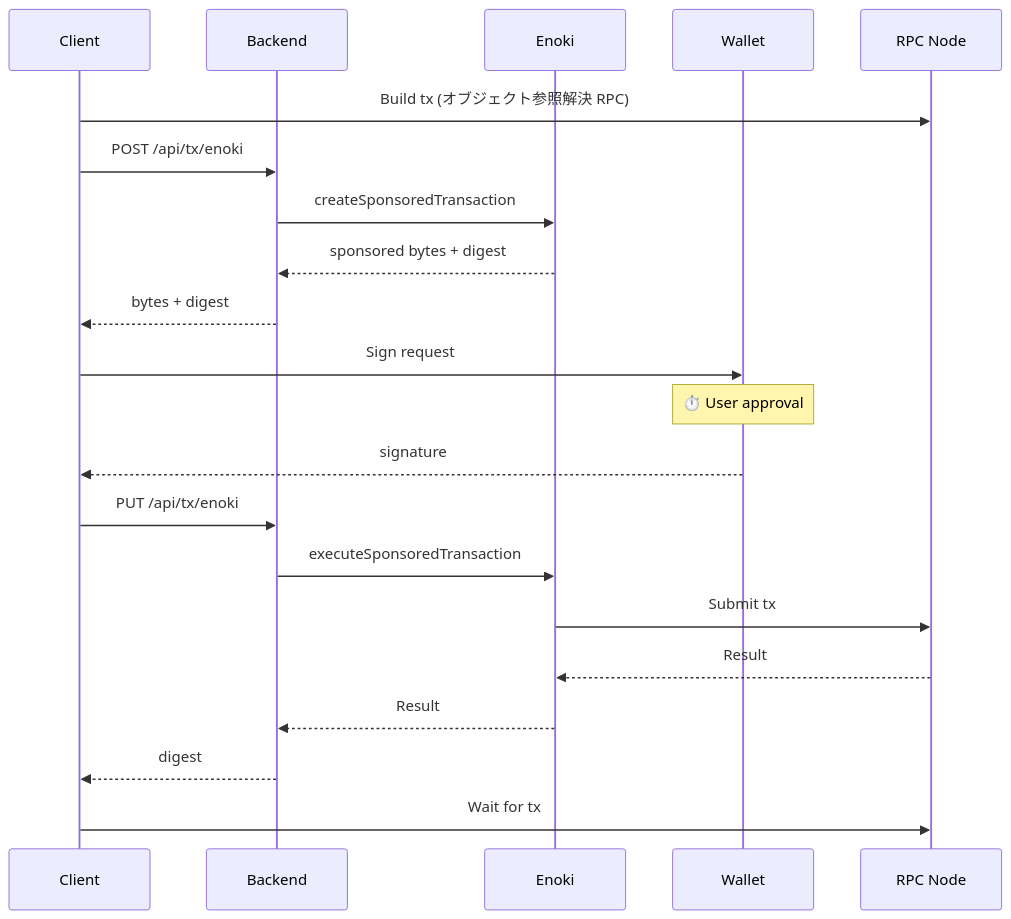
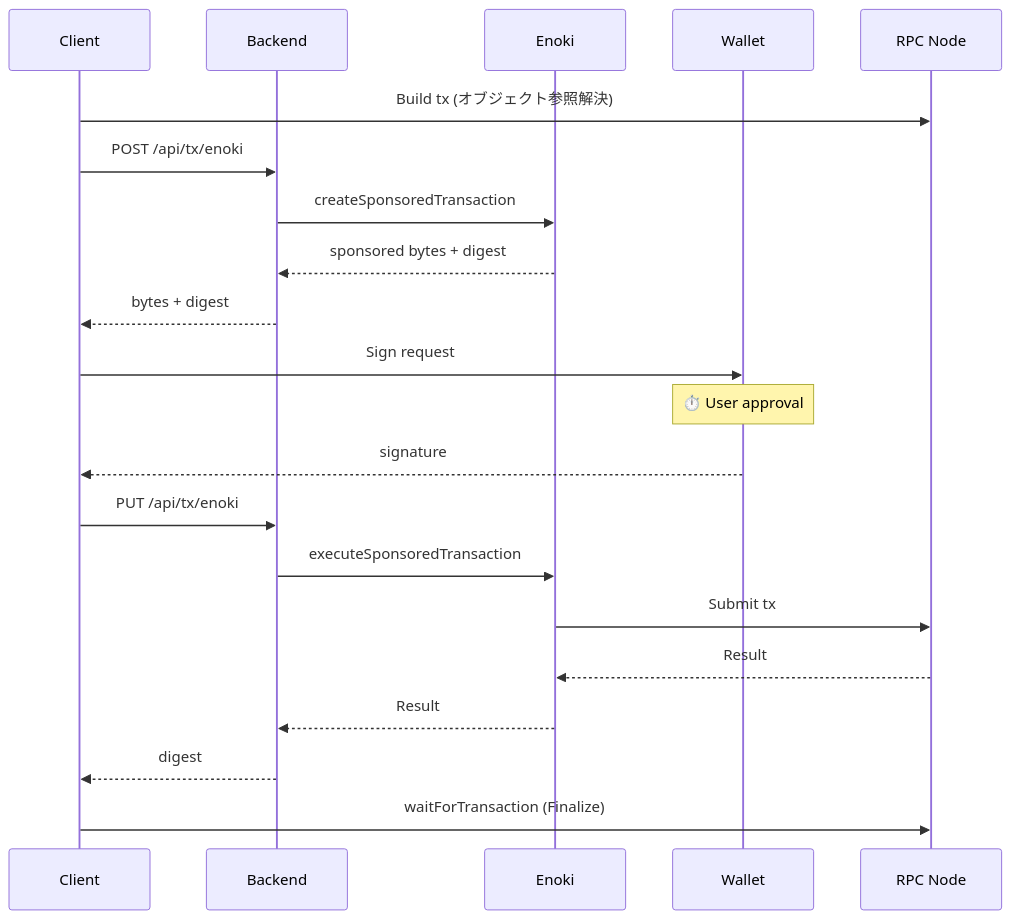
One commit to fuyutarow/counters changed the second of 2 diagrams in sui/docs/sponsored-transaction.md. Above: the diagram before and after it, drawn with Mermaid. The commit also changed other lines of this file and 5 other files, not shown here.

````diff
--- a/sui/docs/sponsored-transaction.md
+++ b/sui/docs/sponsored-transaction.md
@@ -166,27 +185,27 @@
 ```mermaid
 sequenceDiagram
     participant C as Client
     participant B as Backend
     participant E as Enoki
     participant W as Wallet
     participant S as RPC Node
 
-    C->>S: Build tx (オブジェクト参照解決 RPC)
+    C->>S: Build tx (オブジェクト参照解決)
     C->>B: POST /api/tx/enoki
     B->>E: createSponsoredTransaction
     E-->>B: sponsored bytes + digest
     B-->>C: bytes + digest
 
     C->>W: Sign request
     Note over W: ⏱️ User approval
     W-->>C: signature
 
     C->>B: PUT /api/tx/enoki
     B->>E: executeSponsoredTransaction
     E->>S: Submit tx
     S-->>E: Result
     E-->>B: Result
     B-->>C: digest
 
-    C->>S: Wait for tx
+    C->>S: waitForTransaction (Finalize)
 ```
````
